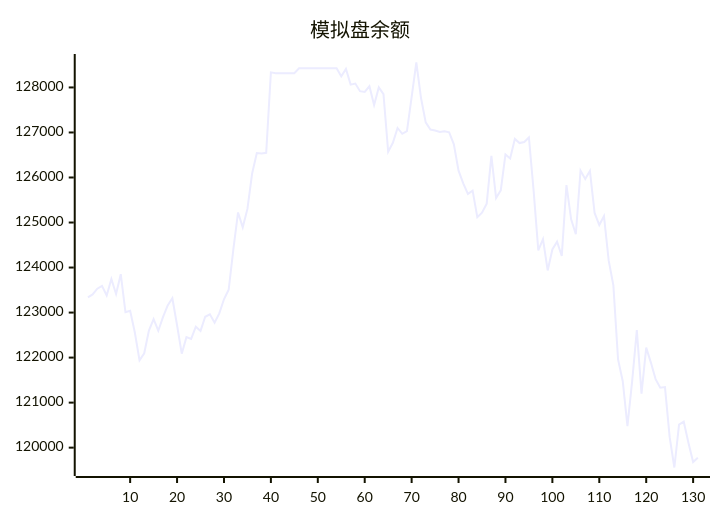
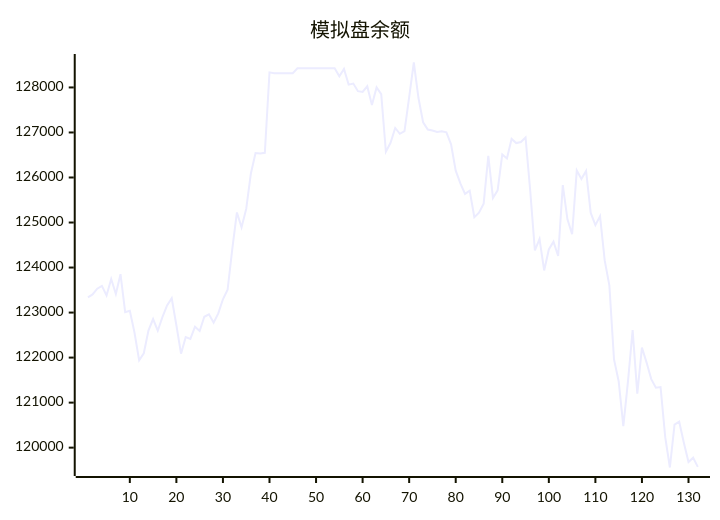
The diagram in README.md (aahl/ai-trading), drawn with Mermaid before and after one commit. The commit also changed other lines of this file and 1 other file, not shown here.

````diff
--- a/README.md
+++ b/README.md
@@ -5,5 +5,5 @@
 ```mermaid
 xychart
     title "模拟盘余额"
-    line [123338,123402,123530,123592,123378,123745,123413,123853,123009,123040,122557,121938,122095,122599,122856,122597,122898,123160,123319,122719,122087,122454,122416,122685,122592,122907,122961,122776,122981,123295,123507,124403,125224,124894,125303,126088,126544,126534,126549,128335,128318,128318,128318,128318,128318,128424,128424,128424,128424,128424,128424,128424,128424,128424,128247,128412,128062,128087,127917,127901,128026,127611,128000,127850,126572,126770,127100,126971,127029,127783,128554,127765,127224,127064,127044,127009,127025,127004,126738,126152,125871,125635,125707,125117,125217,125420,126480,125545,125715,126511,126424,126856,126764,126788,126890,125710,124381,124632,123936,124402,124574,124256,125833,125070,124739,126154,125966,126145,125213,124943,125143,124157,123604,121959,121476,120476,121470,122610,121201,122221,121889,121522,121332,121344,120232,119559,120513,120577,120108,119680,119777]
+    line [123338,123402,123530,123592,123378,123745,123413,123853,123009,123040,122557,121938,122095,122599,122856,122597,122898,123160,123319,122719,122087,122454,122416,122685,122592,122907,122961,122776,122981,123295,123507,124403,125224,124894,125303,126088,126544,126534,126549,128335,128318,128318,128318,128318,128318,128424,128424,128424,128424,128424,128424,128424,128424,128424,128247,128412,128062,128087,127917,127901,128026,127611,128000,127850,126572,126770,127100,126971,127029,127783,128554,127765,127224,127064,127044,127009,127025,127004,126738,126152,125871,125635,125707,125117,125217,125420,126480,125545,125715,126511,126424,126856,126764,126788,126890,125710,124381,124632,123936,124402,124574,124256,125833,125070,124739,126154,125966,126145,125213,124943,125143,124157,123604,121959,121476,120476,121470,122610,121201,122221,121889,121522,121332,121344,120232,119559,120513,120577,120108,119680,119777,119572]
 ```
````
